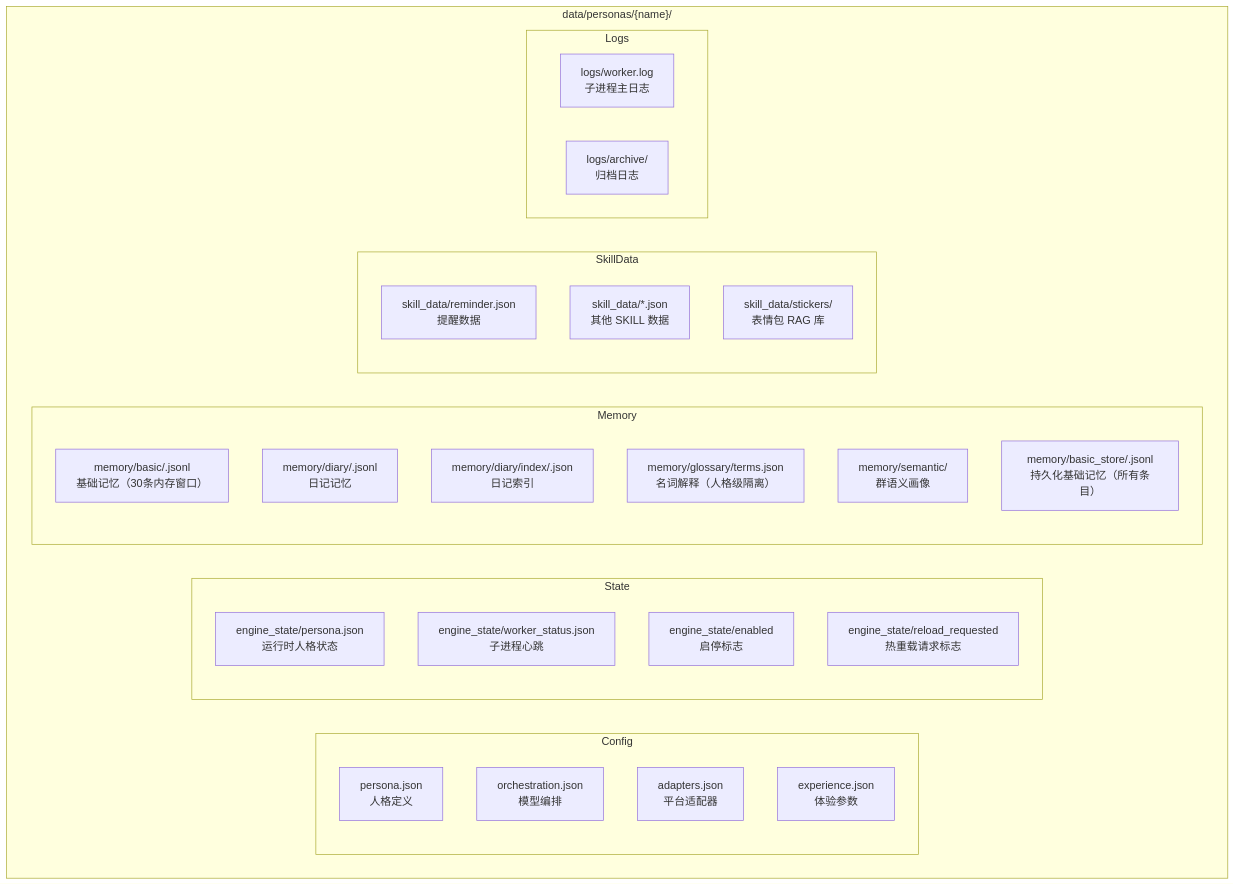
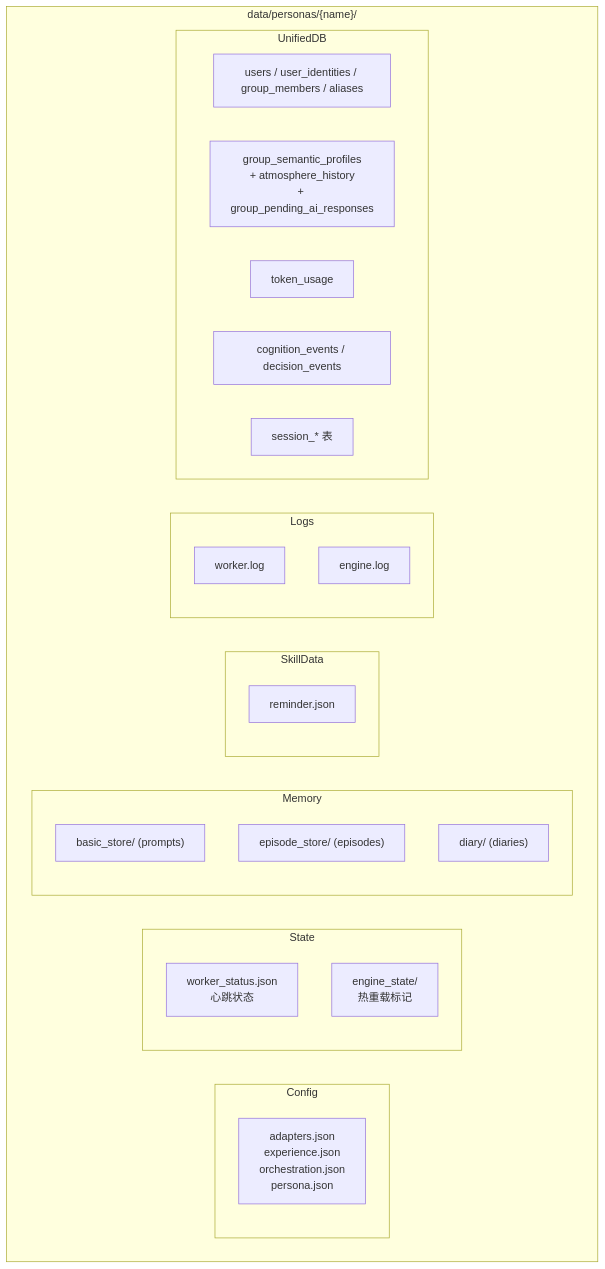
The ninth of 12 diagrams in guide/architecture-overview.md (LiveSirius/SiriusPulse-Docs), drawn with Mermaid before and after one commit. The commit also changed 2 other files, not shown here.

Commit message:
docs: 自动同步 — 新增模块（query_builder, sqlite_base, migrae_to_unified_db）、内存系统重构、核心模块接口变更，影响多个现有文档 [skip ci]

````diff
--- a/guide/architecture-overview.md
+++ b/guide/architecture-overview.md
@@ -371,44 +371,43 @@
 ```mermaid
 flowchart TD
     subgraph PersonaDir["data/personas/{name}/"]
         Config["配置层"]
         State["运行状态"]
         Memory["记忆层"]
         SkillData["SKILL 数据"]
         Logs["日志"]
+        UnifiedDB["persona.db<br/>统一数据库"]
     end
 
     subgraph Config
-        C1["persona.json<br/>人格定义"]
-        C2["orchestration.json<br/>模型编排"]
-        C3["adapters.json<br/>平台适配器"]
-        C4["experience.json<br/>体验参数"]
+        Files["adapters.json<br/>experience.json<br/>orchestration.json<br/>persona.json"]
     end
 
     subgraph State
-        S1["engine_state/persona.json<br/>运行时人格状态"]
-        S2["engine_state/worker_status.json<br/>子进程心跳"]
-        S3["engine_state/enabled<br/>启停标志"]
-        S4["engine_state/reload_requested<br/>热重载请求标志"]
+        WorkerStatus["worker_status.json<br/>心跳状态"]
+        EngineState["engine_state/<br/>热重载标记"]
     end
 
     subgraph Memory
-        M1["memory/basic/<group_id>.jsonl<br/>基础记忆（30条内存窗口）"]
-        M2["memory/diary/<group_id>.jsonl<br/>日记记忆"]
-        M3["memory/diary/index/<group_id>.json<br/>日记索引"]
-        M4["memory/glossary/terms.json<br/>名词解释（人格级隔离）"]
-        M5["memory/semantic/<br/>群语义画像"]
-        M6["memory/basic_store/<group_id>.jsonl<br/>持久化基础记忆（所有条目）"]
+        Basic["basic_store/ (prompts)"]
+        Episode["episode_store/ (episodes)"]
+        Diary["diary/ (diaries)"]
     end
 
     subgraph SkillData
-        SD1["skill_data/reminder.json<br/>提醒数据"]
-        SD2["skill_data/*.json<br/>其他 SKILL 数据"]
-        SD3["skill_data/stickers/<br/>表情包 RAG 库"]
+        Reminder["reminder.json"]
     end
 
     subgraph Logs
-        L1["logs/worker.log<br/>子进程主日志"]
-        L2["logs/archive/<br/>归档日志"]
+        WorkerLog["worker.log"]
+        EngineLog["engine.log"]
+    end
+
+    subgraph UnifiedDB
+        Users["users / user_identities / group_members / aliases"]
+        GroupProfiles["group_semantic_profiles<br/>+ atmosphere_history<br/>+ group_pending_ai_responses"]
+        TokenUsage["token_usage"]
+        Cognition["cognition_events / decision_events"]
+        Sessions["session_* 表"]
     end
 ```
````
